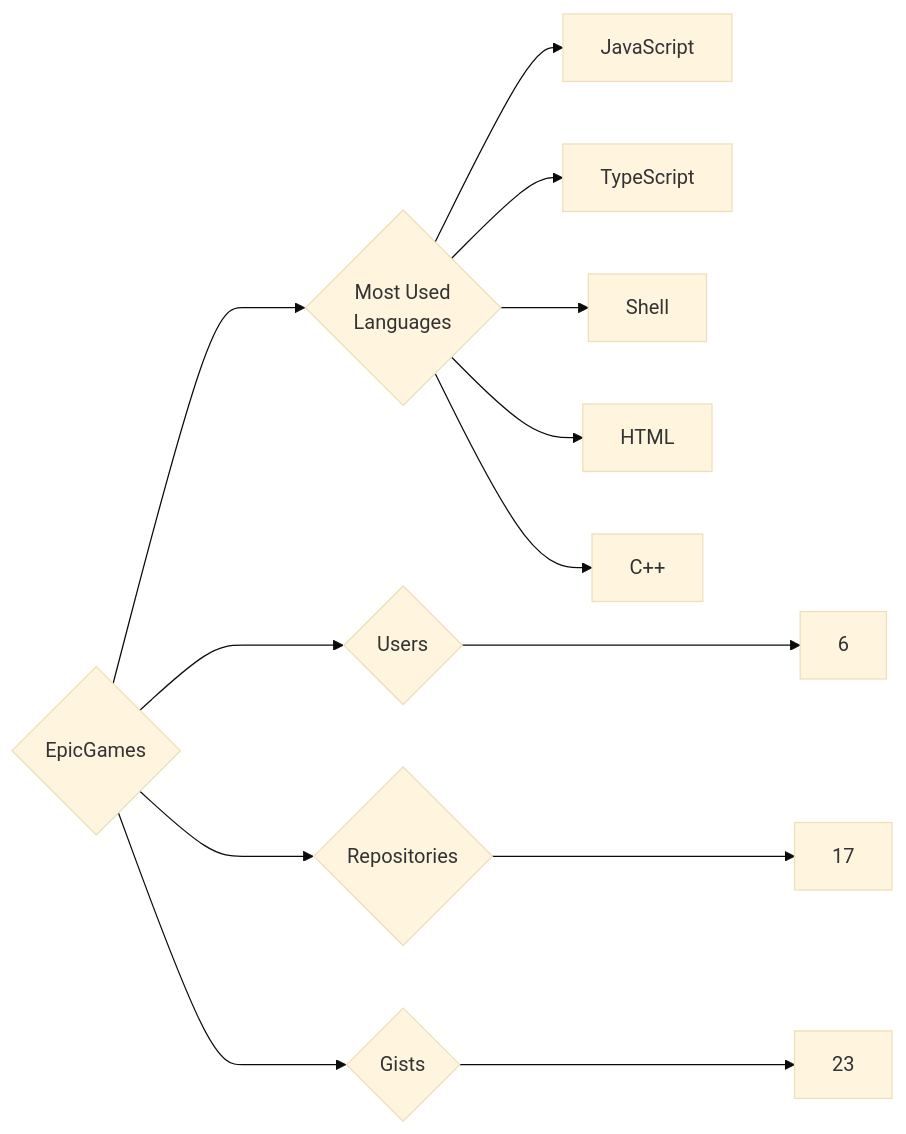
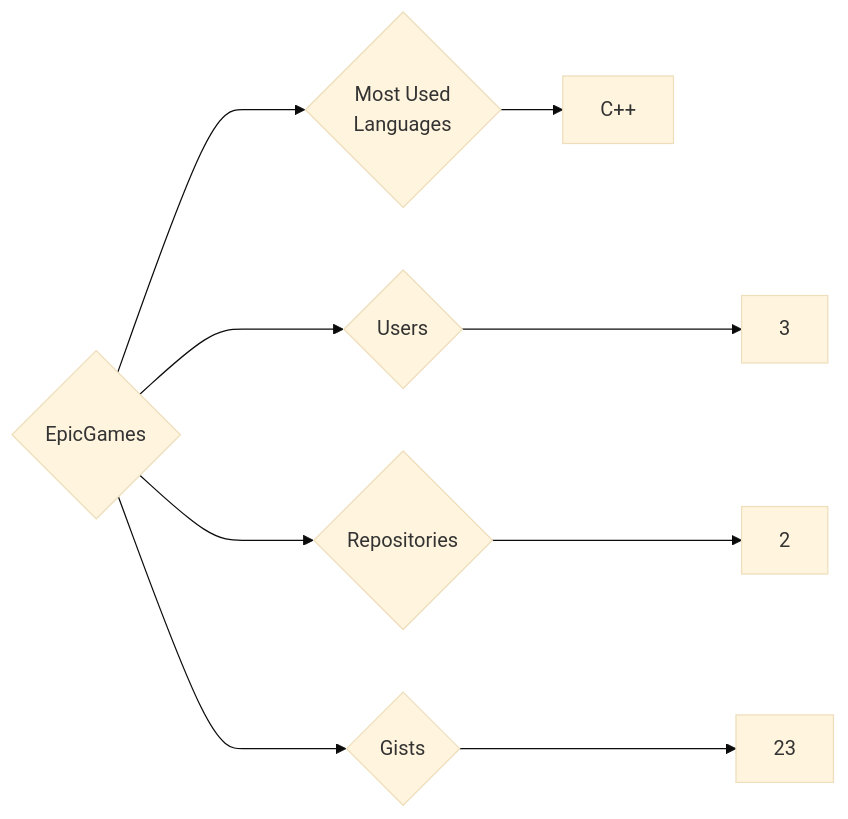
Before and after one commit to trickest/insiders: the diagram in targets/EpicGames/README.md, drawn with Mermaid (base theme). The commit also changed 1088 other files, not shown here.

````diff
--- a/targets/EpicGames/README.md
+++ b/targets/EpicGames/README.md
@@ -3,13 +3,9 @@
 ```mermaid
 graph LR
 COMPANY_NAME{EpicGames}
-COMPANY_NAME ---> U{Users} ---> UN[6]
-COMPANY_NAME ---> R{Repositories} ---> RN[17]
+COMPANY_NAME ---> U{Users} ---> UN[3]
+COMPANY_NAME ---> R{Repositories} ---> RN[2]
 COMPANY_NAME ---> G{Gists} ---> GN[23]
 COMPANY_NAME ---> ML{Most Used<br>Languages}
-ML --> JavaScript[JavaScript]
-ML --> TypeScript[TypeScript]
-ML --> Shell[Shell]
-ML --> HTML[HTML]
 ML --> C++[C++]
 ```
````
